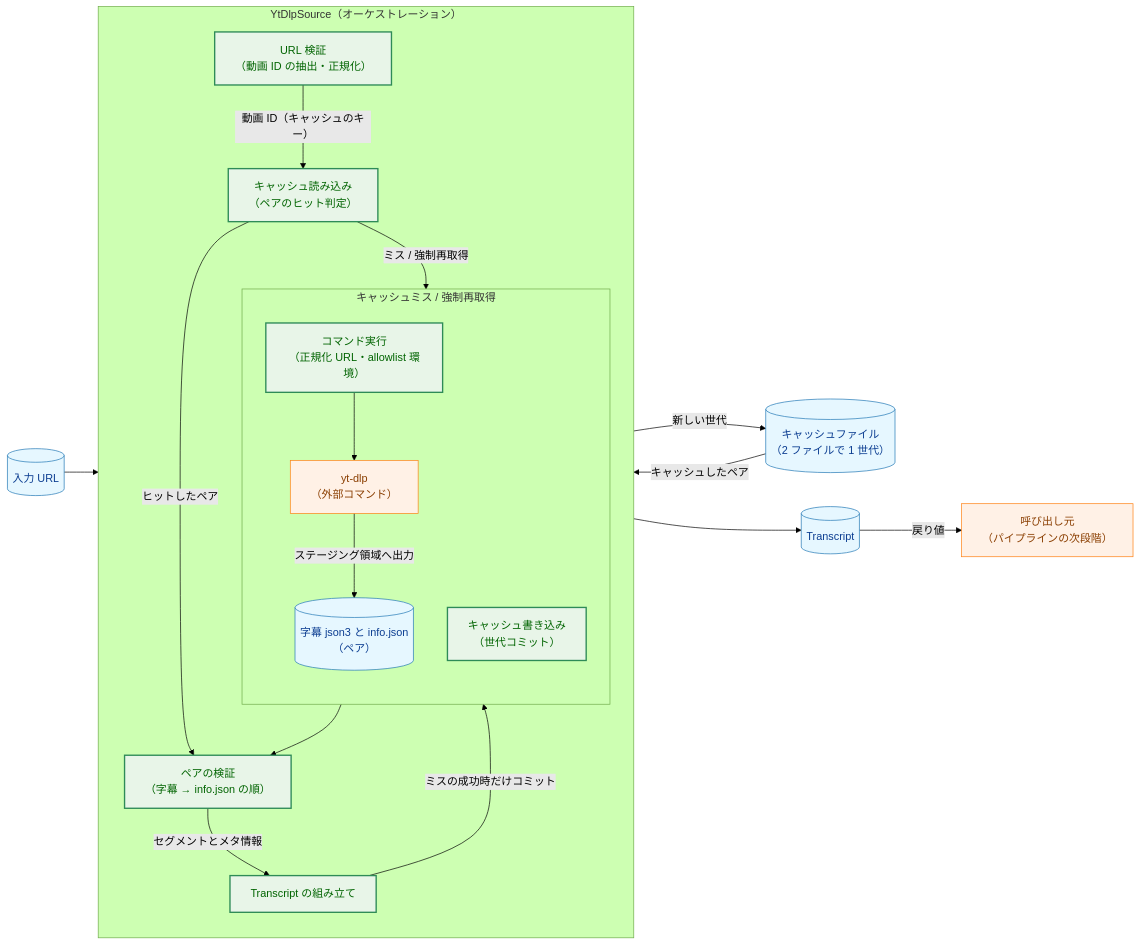
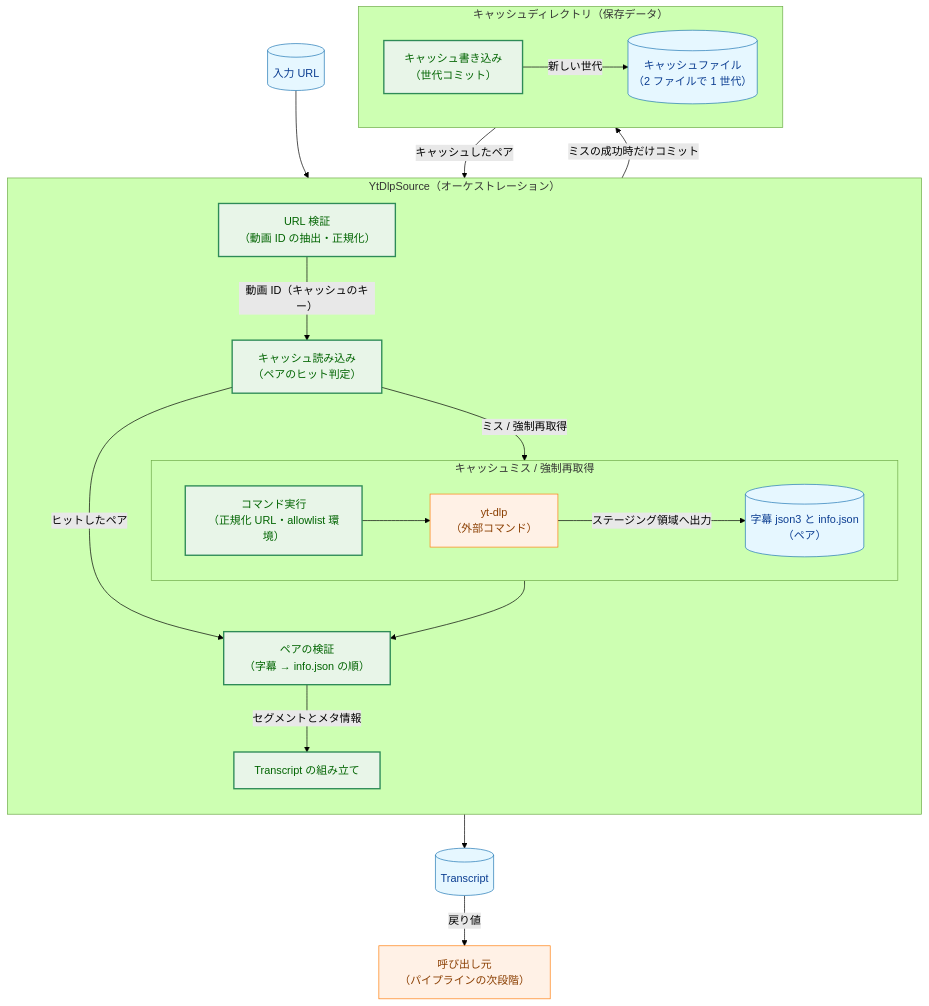
Before and after one commit to isseis/yt2column: the first of 11 diagrams in docs/tasks/0002_ytdlp_transcript_source/02_architecture.md, drawn with Mermaid (forest theme).

Commit message:
docs(0002): place the cache directory below in figure 1
Switch the concept model to top-down and group the cache write and the
cache files in a bottom storage subgraph, so the persisted data sits
below the processing flow instead of to the right.

````diff
--- a/docs/tasks/0002_ytdlp_transcript_source/02_architecture.md
+++ b/docs/tasks/0002_ytdlp_transcript_source/02_architecture.md
@@ -26,46 +26,50 @@
 ```mermaid
-flowchart LR
+flowchart TB
     classDef data fill:#e6f7ff,stroke:#1f77b4,stroke-width:1px,color:#0b3d91;
     classDef enhanced fill:#e8f5e8,stroke:#2e8b57,stroke-width:2px,color:#006400;
     classDef process fill:#fff1e6,stroke:#ff7f0e,stroke-width:1px,color:#8a3e00;
 
     URL[("入力 URL")]
 
     subgraph SRC["YtDlpSource（オーケストレーション）"]
         direction TB
         VID["URL 検証<br>（動画 ID の抽出・正規化）"]
         READ["キャッシュ読み込み<br>（ペアのヒット判定）"]
         PARSE["ペアの検証<br>（字幕 → info.json の順）"]
         ASM["Transcript の組み立て"]
 
         subgraph MISS["キャッシュミス / 強制再取得"]
-            direction TB
+            direction LR
             RUN["コマンド実行<br>（正規化 URL・allowlist 環境）"]
             YTDLP["yt-dlp<br>（外部コマンド）"]
             PAIR[("字幕 json3 と info.json<br>（ペア）")]
-            WRITE["キャッシュ書き込み<br>（世代コミット）"]
             RUN --> YTDLP
             YTDLP -->|"ステージング領域へ出力"| PAIR
         end
     end
 
-    CF[("キャッシュファイル<br>（2 ファイルで 1 世代）")]
+    subgraph STORE["キャッシュディレクトリ（保存データ）"]
+        direction LR
+        WRITE["キャッシュ書き込み<br>（世代コミット）"]
+        CF[("キャッシュファイル<br>（2 ファイルで 1 世代）")]
+        WRITE -->|"新しい世代"| CF
+    end
+
     TC[("Transcript")]
     CALLER["呼び出し元<br>（パイプラインの次段階）"]
 
     URL --> VID
     VID -->|"動画 ID（キャッシュのキー）"| READ
     CF -->|"キャッシュしたペア"| READ
     READ -->|"ヒットしたペア"| PARSE
     READ -->|"ミス / 強制再取得"| RUN
     PAIR --> PARSE
     PARSE -->|"セグメントとメタ情報"| ASM
     ASM -->|"ミスの成功時だけコミット"| WRITE
-    WRITE -->|"新しい世代"| CF
     ASM --> TC
     TC -->|"戻り値"| CALLER
 
     class URL,PAIR,CF,TC data
     class VID,READ,PARSE,ASM,WRITE,RUN enhanced
     class YTDLP,CALLER process
 ```
````
